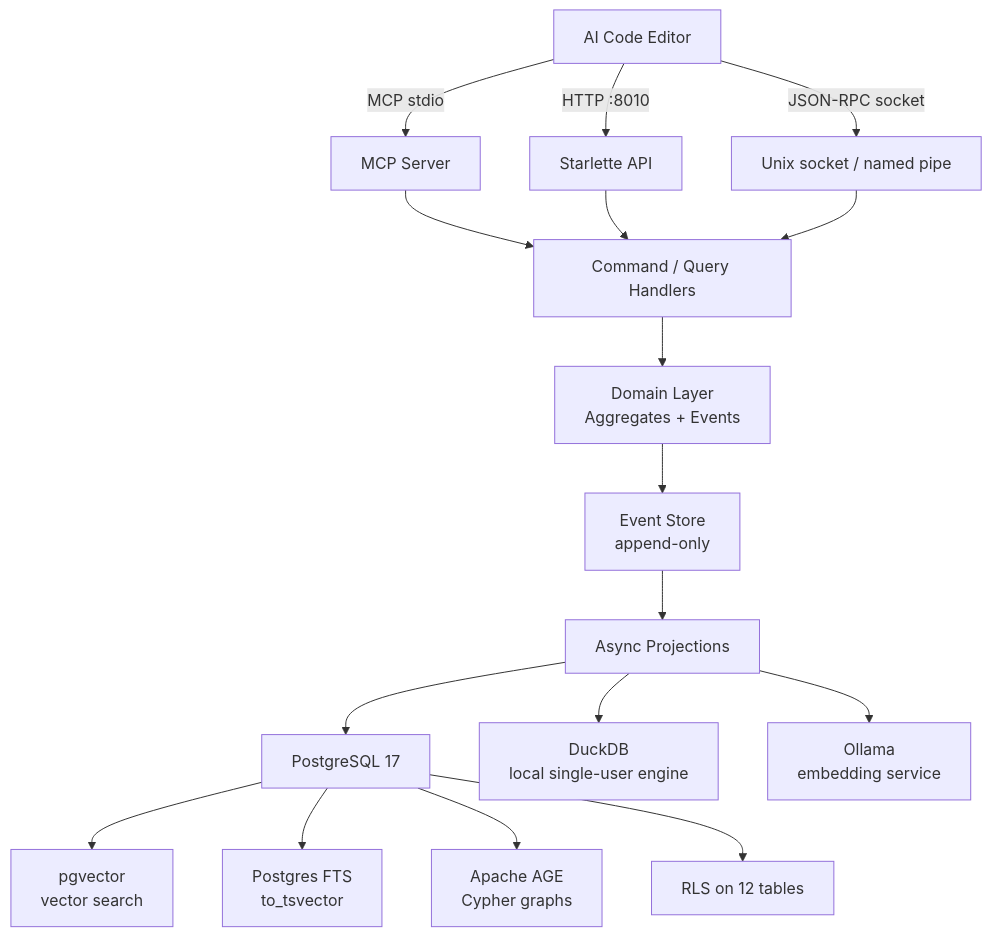
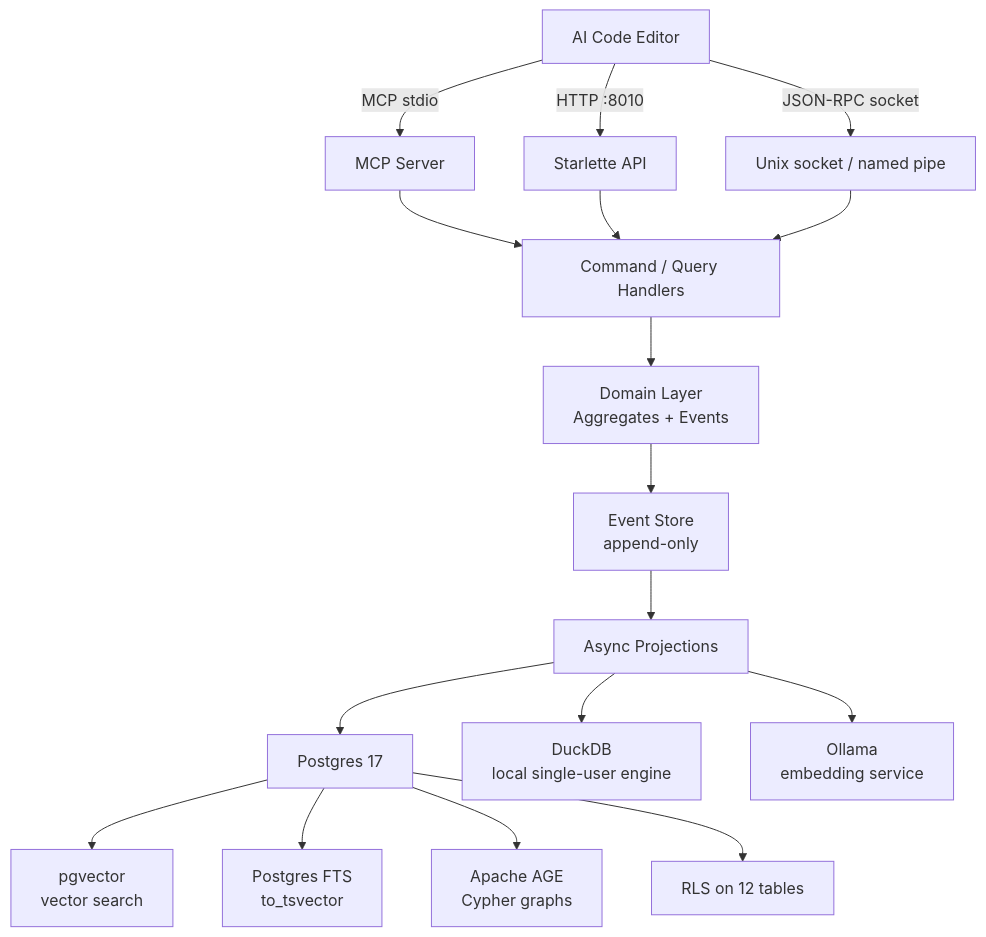
Before and after one commit to moliver28/corpus-kb: the first of 2 diagrams in README.md, drawn with Mermaid. The commit also changed other lines of this file and 19 other files, not shown here.

````diff
--- a/README.md
+++ b/README.md
@@ -90,19 +90,19 @@
 ```mermaid
 graph TB
     Editor[AI Code Editor] -->|"MCP stdio"| MCP[MCP Server]
     Editor -->|HTTP :8010| HTTP[Starlette API]
     Editor -->|JSON-RPC socket| Socket[Unix socket / named pipe]
     MCP --> Handlers[Command / Query Handlers]
     HTTP --> Handlers
     Socket --> Handlers
     Handlers --> Domain[Domain Layer<br/>Aggregates + Events]
     Domain --> ES[Event Store<br/>append-only]
     ES --> Projections[Async Projections]
-    Projections --> PG[PostgreSQL 17]
+    Projections --> PG[Postgres 17]
     Projections --> DUCK[DuckDB<br/>local single-user engine]
     PG --> VEC[pgvector<br/>vector search]
     PG --> FTS[Postgres FTS<br/>to_tsvector]
     PG --> AGE[Apache AGE<br/>Cypher graphs]
     PG --> RLS[RLS on 12 tables]
     Projections --> Ollama[Ollama<br/>embedding service]
 ```
````
